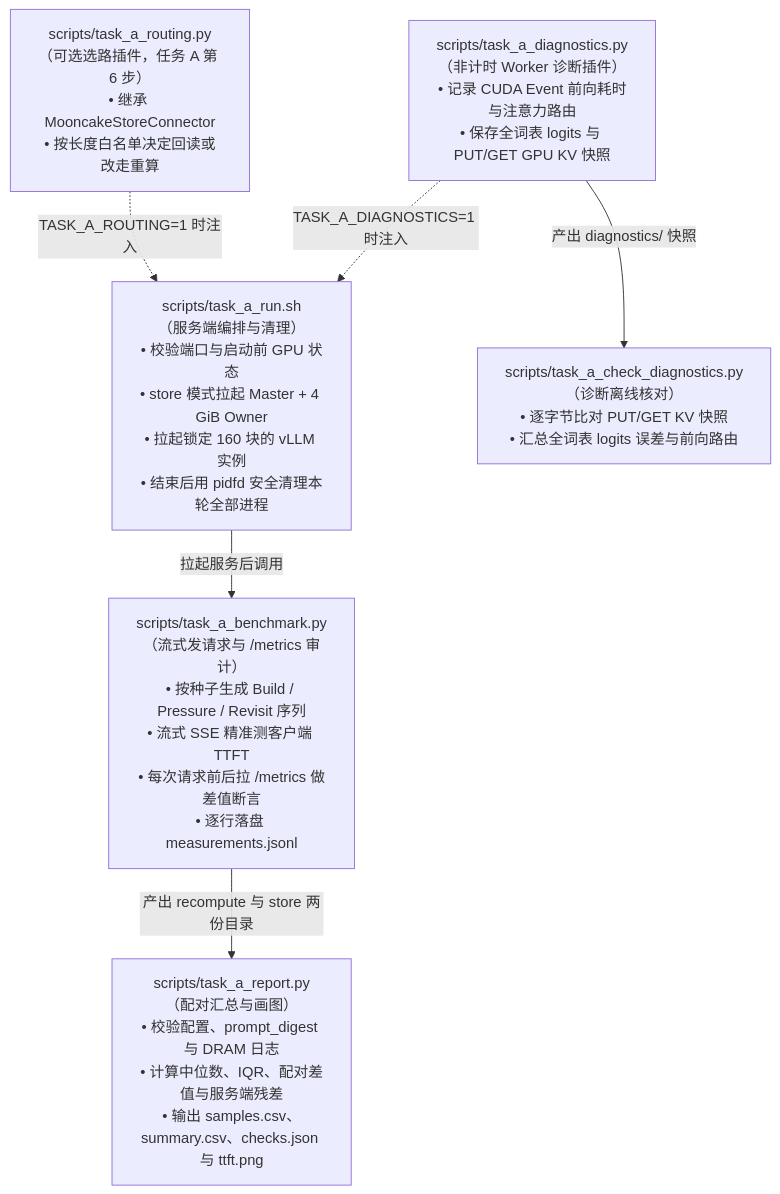
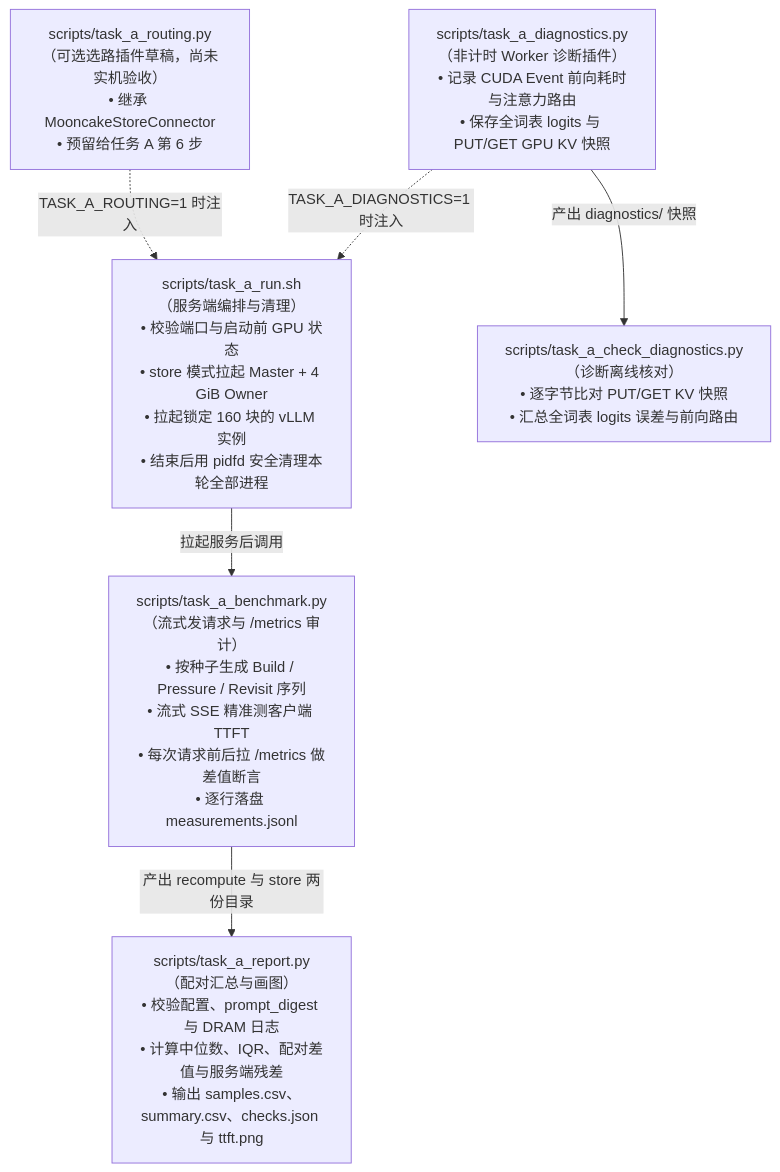
The second of 2 diagrams in notes/06-认识task-a.md (RodolfoIoLo/KV-Cache-tiered-offload), drawn with Mermaid before and after one commit. The commit also changed other lines of this file and 6 other files, not shown here.

````diff
--- a/notes/06-认识task-a.md
+++ b/notes/06-认识task-a.md
@@ -85,14 +85,14 @@
 ```mermaid
 flowchart TB
     Run["scripts/task_a_run.sh<br/>（服务端编排与清理）<br/>• 校验端口与启动前 GPU 状态<br/>• store 模式拉起 Master + 4 GiB Owner<br/>• 拉起锁定 160 块的 vLLM 实例<br/>• 结束后用 pidfd 安全清理本轮全部进程"]
     -->|"拉起服务后调用"| Bench["scripts/task_a_benchmark.py<br/>（流式发请求与 /metrics 审计）<br/>• 按种子生成 Build / Pressure / Revisit 序列<br/>• 流式 SSE 精准测客户端 TTFT<br/>• 每次请求前后拉 /metrics 做差值断言<br/>• 逐行落盘 measurements.jsonl"]
 
-    Route["scripts/task_a_routing.py<br/>（可选选路插件，任务 A 第 6 步）<br/>• 继承 MooncakeStoreConnector<br/>• 按长度白名单决定回读或改走重算"]
+    Route["scripts/task_a_routing.py<br/>（可选选路插件草稿，尚未实机验收）<br/>• 继承 MooncakeStoreConnector<br/>• 预留给任务 A 第 6 步"]
     -. "TASK_A_ROUTING=1 时注入" .-> Run
 
     Diag["scripts/task_a_diagnostics.py<br/>（非计时 Worker 诊断插件）<br/>• 记录 CUDA Event 前向耗时与注意力路由<br/>• 保存全词表 logits 与 PUT/GET GPU KV 快照"]
     -. "TASK_A_DIAGNOSTICS=1 时注入" .-> Run
 
     Bench -->|"产出 recompute 与 store 两份目录"| Rep["scripts/task_a_report.py<br/>（配对汇总与画图）<br/>• 校验配置、prompt_digest 与 DRAM 日志<br/>• 计算中位数、IQR、配对差值与服务端残差<br/>• 输出 samples.csv、summary.csv、checks.json 与 ttft.png"]
     Diag -->|"产出 diagnostics/ 快照"| CheckDiag["scripts/task_a_check_diagnostics.py<br/>（诊断离线核对）<br/>• 逐字节比对 PUT/GET KV 快照<br/>• 汇总全词表 logits 误差与前向路由"]
 ```
````
